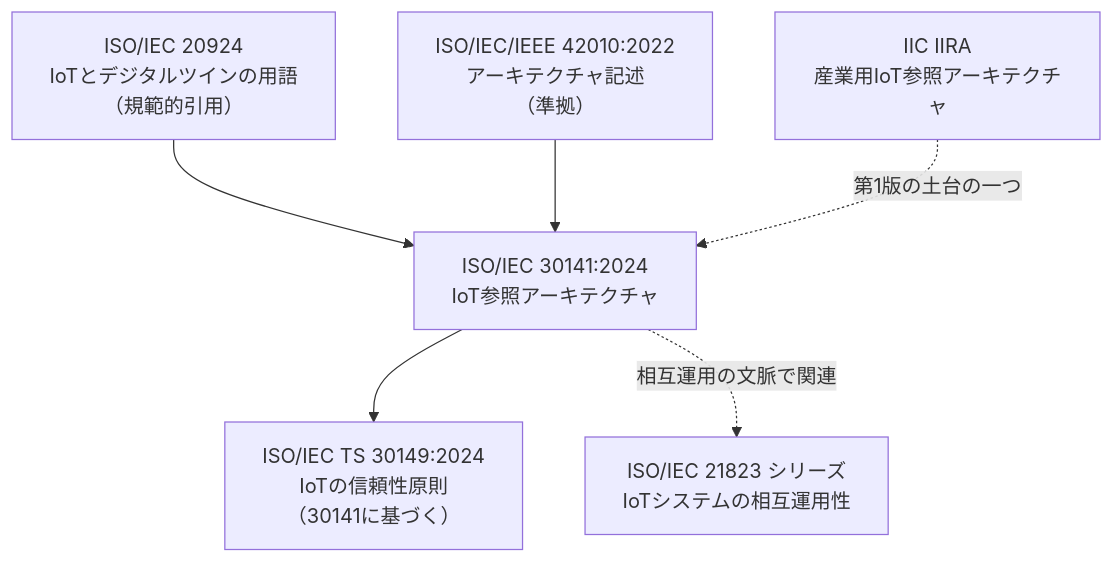
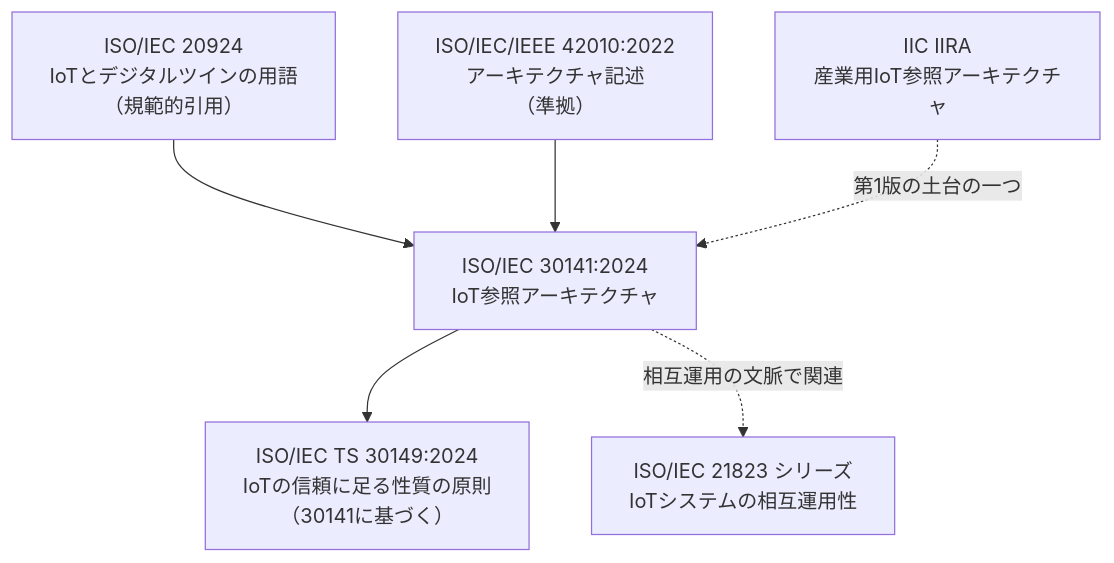
The tenth of 11 diagrams in Iso-iec-30141-2024-guide.md (myoshi2891/Quality-Assurance-Studies), drawn with Mermaid before and after one commit. The commit also changed other lines of this file, not shown here.

Commit message:
docs(iso-30141): translate Trustworthiness as 信頼に足る性質 and keep 信頼性 for Reliability

````diff
--- a/Iso-iec-30141-2024-guide.md
+++ b/Iso-iec-30141-2024-guide.md
@@ -427,14 +428,14 @@
 ```mermaid
 flowchart TB
   RA["ISO/IEC 30141:2024<br/>IoT参照アーキテクチャ"]
   V["ISO/IEC 20924<br/>IoTとデジタルツインの用語<br/>（規範的引用）"]
   A["ISO/IEC/IEEE 42010:2022<br/>アーキテクチャ記述<br/>（準拠）"]
-  T["ISO/IEC TS 30149:2024<br/>IoTの信頼性原則<br/>（30141に基づく）"]
+  T["ISO/IEC TS 30149:2024<br/>IoTの信頼に足る性質の原則<br/>（30141に基づく）"]
   I["ISO/IEC 21823 シリーズ<br/>IoTシステムの相互運用性"]
   IIRA["IIC IIRA<br/>産業用IoT参照アーキテクチャ"]
   V --> RA
   A --> RA
   RA --> T
   RA -.->|"相互運用の文脈で関連"| I
   IIRA -.->|"第1版の土台の一つ"| RA
 ```
````
